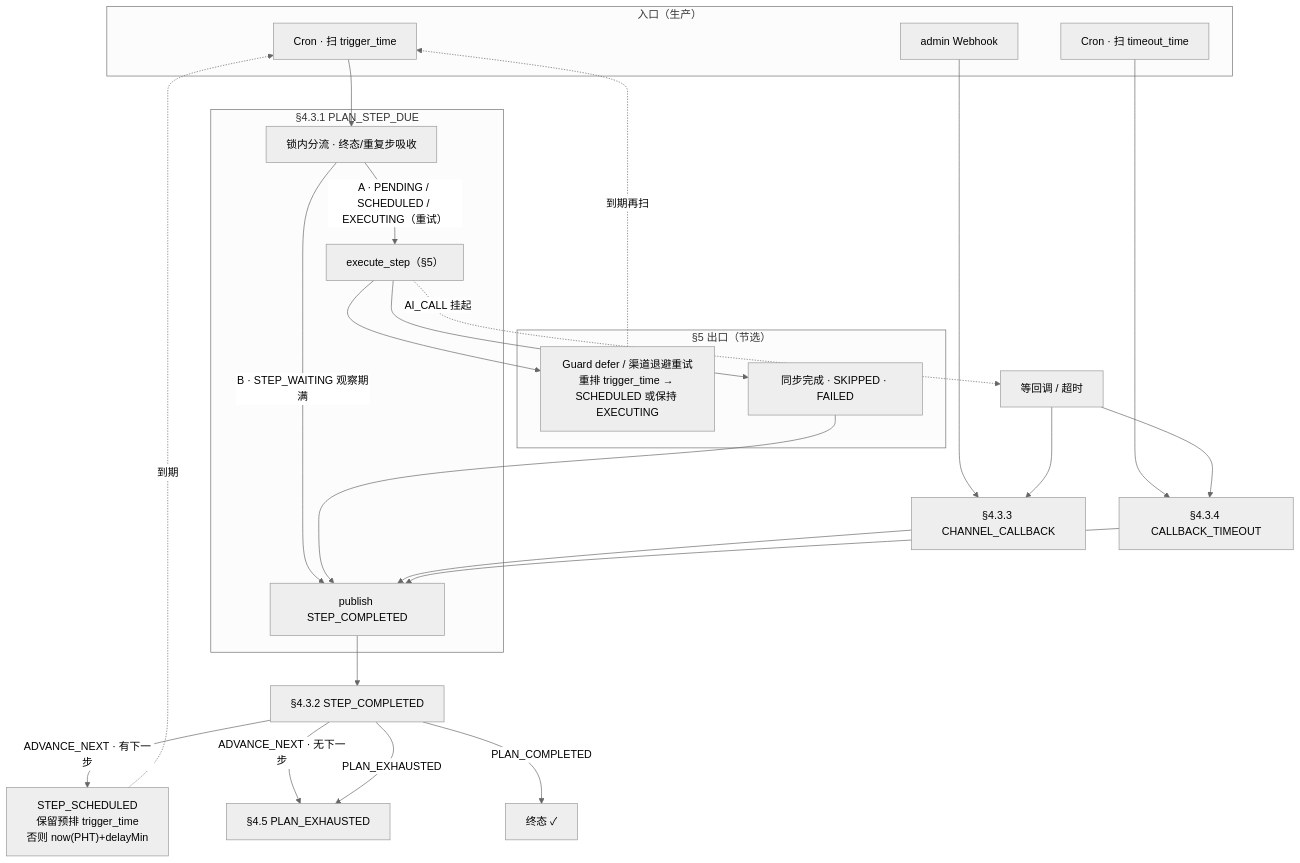
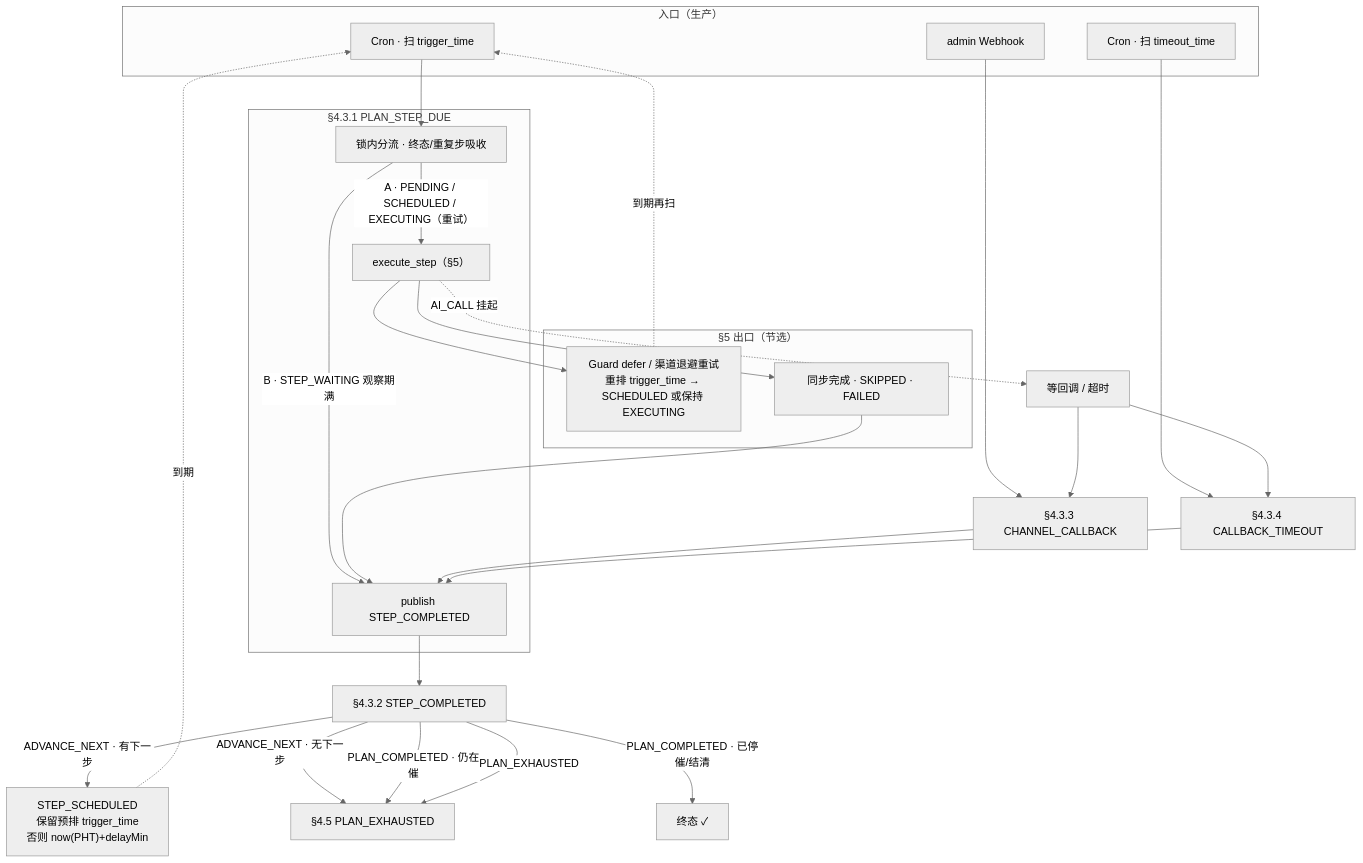
One commit to katherineliu2102/Intelligent-Collection-V1 changed the third of 6 diagrams in docs/MOCASA催收系统升级_Phase1_核心引擎规格.md. Above: the diagram before and after it, drawn with Mermaid (neutral theme). The commit also changed other lines of this file and 26 other files, not shown here.

````diff
--- a/docs/MOCASA催收系统升级_Phase1_核心引擎规格.md
+++ b/docs/MOCASA催收系统升级_Phase1_核心引擎规格.md
@@ -333,46 +335,47 @@
 ```mermaid
 flowchart TB
     subgraph in["入口（生产）"]
         C1["Cron · 扫 trigger_time"]
         C2["Cron · 扫 timeout_time"]
         WH["admin Webhook"]
     end
 
     subgraph s431["§4.3.1 PLAN_STEP_DUE"]
         S1["锁内分流 · 终态/重复步吸收"]
         EX["execute_step（§5）"]
         S1 -->|"A · PENDING / SCHEDULED / EXECUTING（重试）"| EX
         S1 -->|"B · STEP_WAITING 观察期满"| HUB
     end
 
     subgraph s5out["§5 出口（节选）"]
         LOOP["Guard defer / 渠道退避重试<br/>重排 trigger_time → SCHEDULED 或保持 EXECUTING"]
         SYNC["同步完成 · SKIPPED · FAILED"]
     end
 
     CB["§4.3.3 CHANNEL_CALLBACK"]
     TO["§4.3.4 CALLBACK_TIMEOUT"]
     HUB["publish STEP_COMPLETED"]
     ADV["§4.3.2 STEP_COMPLETED"]
 
     C1 --> S1
     C2 --> TO
     WH --> CB
 
     EX --> LOOP
     EX --> SYNC
     EX -.->|"AI_CALL 挂起"| ASYNC["等回调 / 超时"]
     LOOP -.->|"到期再扫"| C1
     SYNC --> HUB
     ASYNC --> CB
     ASYNC --> TO
     CB --> HUB
     TO --> HUB
 
     HUB --> ADV
     ADV -->|"ADVANCE_NEXT · 有下一步"| NEXT["STEP_SCHEDULED<br/>保留预排 trigger_time<br/>否则 now(PHT)+delayMin"]
     ADV -->|"ADVANCE_NEXT · 无下一步"| EXH["§4.5 PLAN_EXHAUSTED"]
-    ADV -->|PLAN_COMPLETED| DONE["终态 ✓"]
+    ADV -->|"PLAN_COMPLETED · 仍在催"| EXH
+    ADV -->|"PLAN_COMPLETED · 已停催/结清"| DONE["终态 ✓"]
     ADV -->|PLAN_EXHAUSTED| EXH
     NEXT -.->|"到期"| C1
 ```
````
